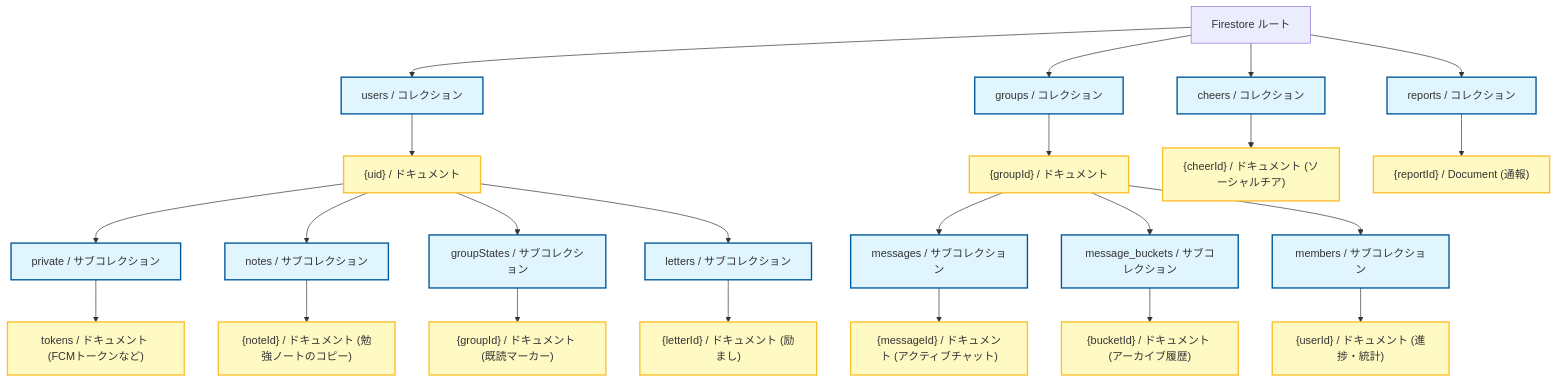
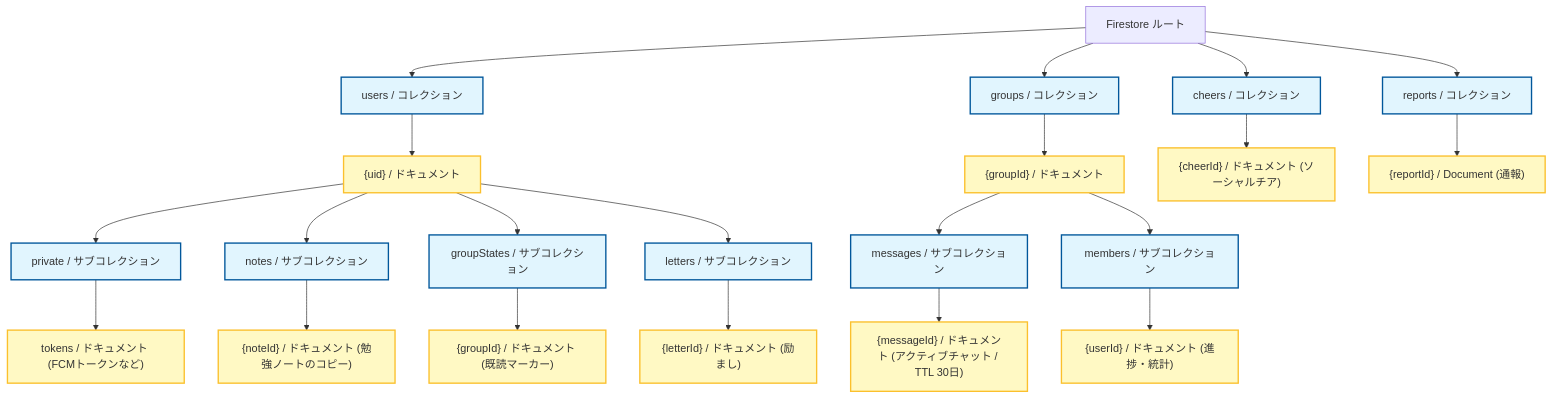
One commit to ScriptureHabit/scripture-habit changed the second of 2 diagrams in docs/ja/database-security.md. Above: the diagram before and after it, drawn with Mermaid. The commit also changed other lines of this file and 14 other files, not shown here.

````diff
--- a/docs/ja/database-security.md
+++ b/docs/ja/database-security.md
@@ -80,37 +80,35 @@
 ```mermaid
 graph TD
     Root[Firestore ルート]
     
     %% Users Root Collection
     Root --> Users[users / コレクション]
     Users --> UserDoc["{uid} / ドキュメント"]
     UserDoc --> UserPrivate[private / サブコレクション]
     UserPrivate --> TokenDoc["tokens / ドキュメント (FCMトークンなど)"]
     UserDoc --> UserNotes[notes / サブコレクション]
     UserNotes --> NoteDoc["{noteId} / ドキュメント (勉強ノートのコピー)"]
     UserDoc --> GroupStates[groupStates / サブコレクション]
     GroupStates --> GStateDoc["{groupId} / ドキュメント (既読マーカー)"]
     UserDoc --> Letters[letters / サブコレクション]
     Letters --> LetterDoc["{letterId} / ドキュメント (励まし)"]
     
     %% Groups Root Collection
     Root --> Groups[groups / コレクション]
     Groups --> GroupDoc["{groupId} / ドキュメント"]
     GroupDoc --> Messages[messages / サブコレクション]
-    Messages --> MsgDoc["{messageId} / ドキュメント (アクティブチャット)"]
-    GroupDoc --> MessageBuckets[message_buckets / サブコレクション]
-    MessageBuckets --> BucketDoc["{bucketId} / ドキュメント (アーカイブ履歴)"]
+    Messages --> MsgDoc["{messageId} / ドキュメント (アクティブチャット / TTL 30日)"]
     GroupDoc --> Members[members / サブコレクション]
     Members --> MemberDoc["{userId} / ドキュメント (進捗・統計)"]
     
     %% Cheers and Reports Root Collections
     Root --> Cheers[cheers / コレクション]
     Cheers --> CheerDoc["{cheerId} / ドキュメント (ソーシャルチア)"]
     Root --> Reports[reports / コレクション]
     Reports --> ReportDoc["{reportId} / Document (通報)"]
     
     classDef col fill:#e1f5fe,stroke:#01579b,stroke-width:2px;
     classDef doc fill:#fff9c4,stroke:#fbc02d,stroke-width:2px;
-    class Users,Groups,Cheers,Reports,UserPrivate,UserNotes,GroupStates,Letters,Messages,MessageBuckets,Members col;
-    class UserDoc,TokenDoc,NoteDoc,GStateDoc,LetterDoc,GroupDoc,MsgDoc,BucketDoc,MemberDoc,CheerDoc,ReportDoc doc;
+    class Users,Groups,Cheers,Reports,UserPrivate,UserNotes,GroupStates,Letters,Messages,Members col;
+    class UserDoc,TokenDoc,NoteDoc,GStateDoc,LetterDoc,GroupDoc,MsgDoc,MemberDoc,CheerDoc,ReportDoc doc;
 ```
````
